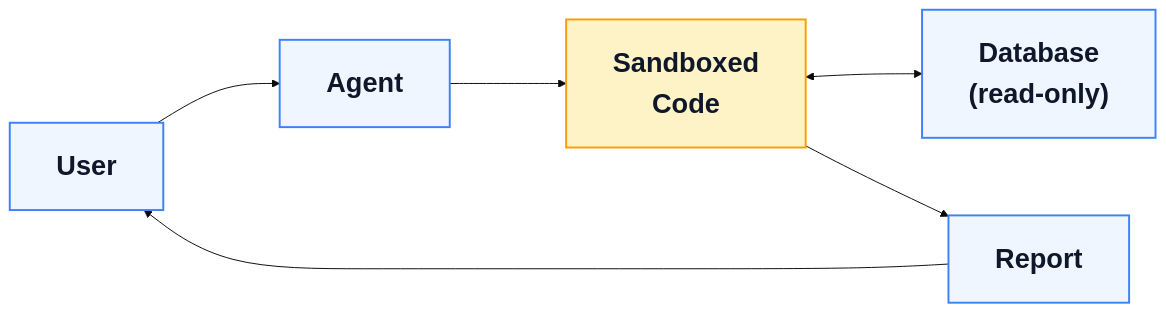
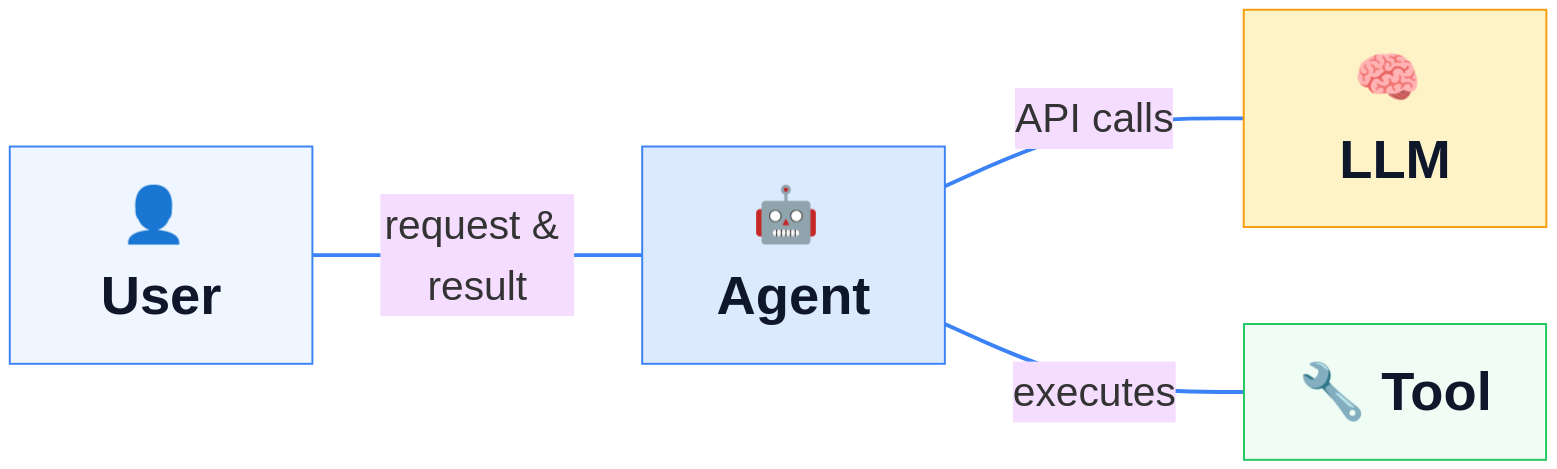
One commit to kerryback/mgmt675 changed the second of 2 diagrams in slides/m9-agents.qmd. Above: the diagram before and after it, drawn with Mermaid. The commit also changed other lines of this file and 47 other files, not shown here.

````diff
--- a/slides/m9-agents.qmd
+++ b/slides/m9-agents.qmd
@@ -767,16 +386,15 @@
 ```{mermaid}
 %%| fig-width: 16
-%%{init: {'theme': 'base', 'themeVariables': {'fontSize': '28px'}, 'flowchart': {'nodeSpacing': 80, 'rankSpacing': 120, 'padding': 24, 'useMaxWidth': true}}}%%
+%%{init: {'theme': 'base', 'themeVariables': {'fontSize': '42px'}, 'flowchart': {'nodeSpacing': 100, 'rankSpacing': 140, 'padding': 28, 'useMaxWidth': true}}}%%
 flowchart LR
-  U["<b>User</b>"] --> A["<b>Agent</b>"]
-  A --> S["<b>Sandboxed<br>Code</b>"]
-  S <--> DB["<b>Database<br>(read-only)</b>"]
-  S --> R["<b>Report</b>"]
-  R --> U
+  U["<b>👤 User</b>"] ---|"request & result"| A["<b>🤖 Agent</b>"]
+  A ---|"API calls"| L["<b>🧠 LLM</b>"]
+  A ---|"executes"| T["<b>🔧 Tool</b>"]
 
-  style U fill:#eff6ff,stroke:#3b82f6,stroke-width:2px,color:#0f172a,font-size:28px,padding:24px
-  style A fill:#eff6ff,stroke:#3b82f6,stroke-width:2px,color:#0f172a,font-size:28px,padding:24px
-  style S fill:#fef3c7,stroke:#f59e0b,stroke-width:2px,color:#0f172a,font-size:28px,padding:24px
-  style DB fill:#eff6ff,stroke:#3b82f6,stroke-width:2px,color:#0f172a,font-size:28px,padding:24px
-  style R fill:#eff6ff,stroke:#3b82f6,stroke-width:2px,color:#0f172a,font-size:28px,padding:24px
+  style U fill:#eff6ff,stroke:#3b82f6,stroke-width:2px,color:#0f172a,font-size:56px,padding:24px
+  style A fill:#dbeafe,stroke:#3b82f6,stroke-width:2px,color:#0f172a,font-size:56px,padding:24px
+  style L fill:#fef3c7,stroke:#f59e0b,stroke-width:2px,color:#0f172a,font-size:56px,padding:24px
+  style T fill:#f0fdf4,stroke:#22c55e,stroke-width:2px,color:#0f172a,font-size:56px,padding:24px
+
+  linkStyle default stroke:#3b82f6,stroke-width:4px
 ```
````
